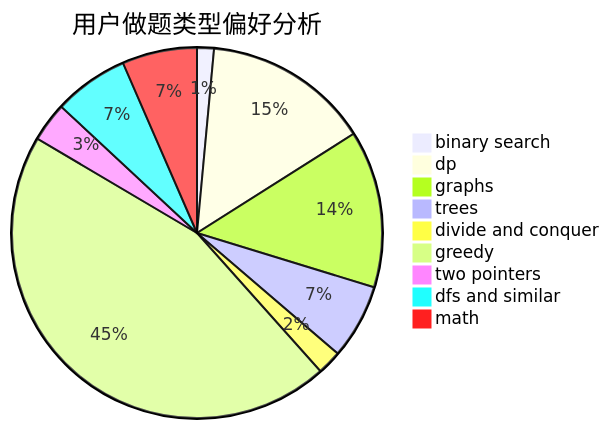
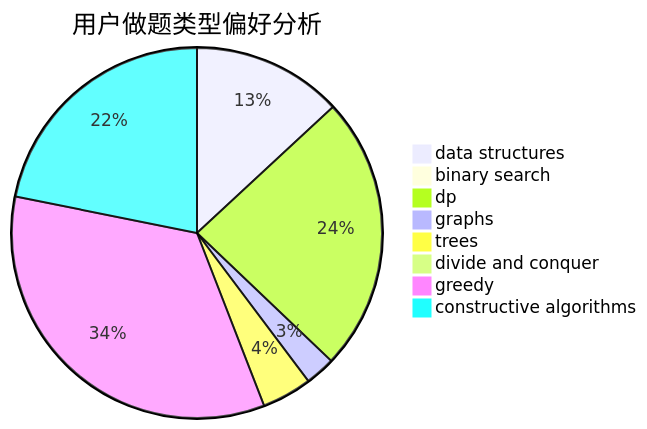
The second of 3 diagrams in docs/user/u1818.md (sherpahu/cfrs.github.io), drawn with Mermaid before and after one commit. The commit also changed other lines of this file and 2775 other files, not shown here.

````diff
--- a/docs/user/u1818.md
+++ b/docs/user/u1818.md
@@ -23,12 +23,11 @@
 ```mermaid
 pie title 用户做题类型偏好分析
-    "binary search" :  9
-    "dp" :  89
-    "graphs" :  84
-    "trees" :  40
-    "divide and conquer" :  13
-    "greedy" :  276
-    "two pointers" :  21
-    "dfs and similar" :  40
-    "math" :  40
+    "data structures" :  30
+    "binary search" :  0
+    "dp" :  55
+    "graphs" :  6
+    "trees" :  10
+    "divide and conquer" :  0
+    "greedy" :  78
+    "constructive algorithms" :  50
 ```
````
